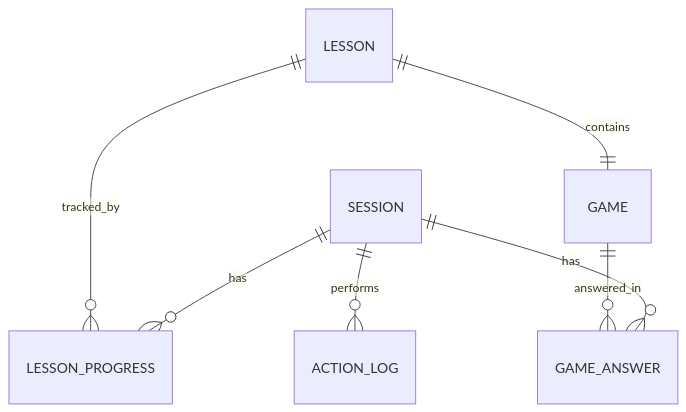
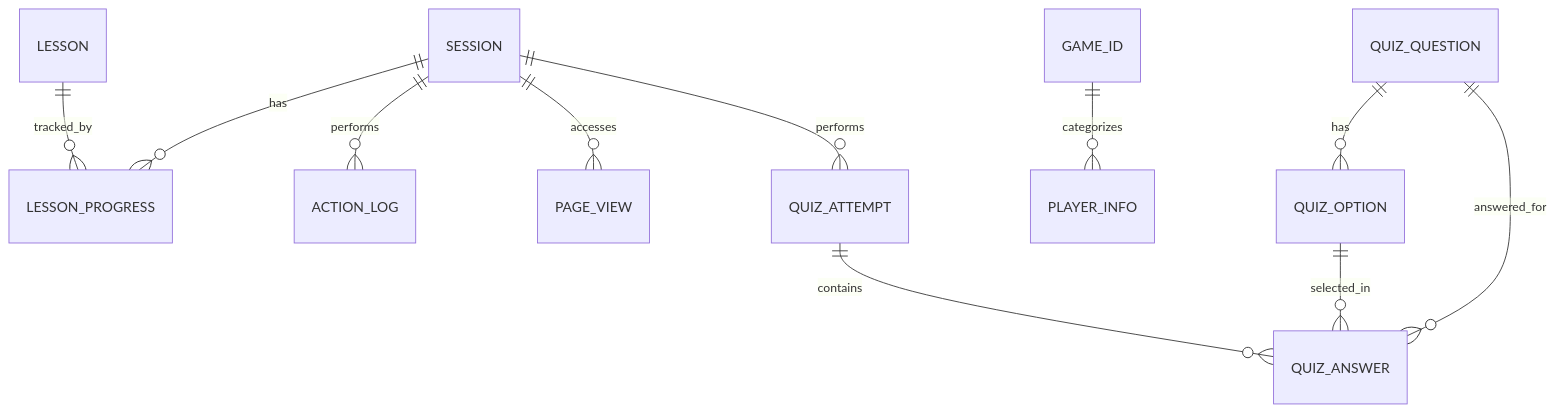
Before and after one commit to ChayutChanmueang/media-literacy-preview: the diagram in docs/software/03-data-schema.md, drawn with Mermaid. The commit also changed other lines of this file and 616 other files, not shown here.

````diff
--- a/docs/software/03-data-schema.md
+++ b/docs/software/03-data-schema.md
@@ -16,9 +20,13 @@
 ```mermaid
 erDiagram
     SESSION ||--o{ LESSON_PROGRESS : has
-    SESSION ||--o{ GAME_ANSWER : has
     SESSION ||--o{ ACTION_LOG : performs
+    SESSION ||--o{ PAGE_VIEW : accesses
+    SESSION ||--o{ QUIZ_ATTEMPT : performs
+    GAME_ID ||--o{ PLAYER_INFO : categorizes
     LESSON ||--o{ LESSON_PROGRESS : tracked_by
-    LESSON ||--|| GAME : contains
-    GAME ||--o{ GAME_ANSWER : answered_in
+    QUIZ_ATTEMPT ||--o{ QUIZ_ANSWER : contains
+    QUIZ_QUESTION ||--o{ QUIZ_OPTION : has
+    QUIZ_QUESTION ||--o{ QUIZ_ANSWER : answered_for
+    QUIZ_OPTION ||--o{ QUIZ_ANSWER : selected_in
 ```
````
